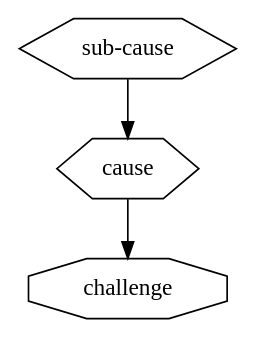
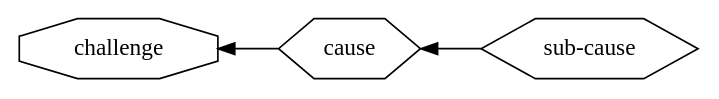
The fourth of 13 diagrams in Ethereum1x_definition.md (ledgerwatch/eth_state), drawn with Graphviz before and after one commit. The commit also changed other lines of this file, not shown here.

````diff
--- a/Ethereum1x_definition.md
+++ b/Ethereum1x_definition.md
@@ -36,9 +39,10 @@
 ```graphviz
 digraph causes {
+rankdir=LR;
 cause [shape="hexagon"];
 sub_cause [label="sub-cause" shape="hexagon"];
 challenge [shape="octagon"];
-cause -> challenge;
-sub_cause -> cause;
+challenge -> cause [dir=back];
+cause -> sub_cause [dir=back];
 }
 ```
````
